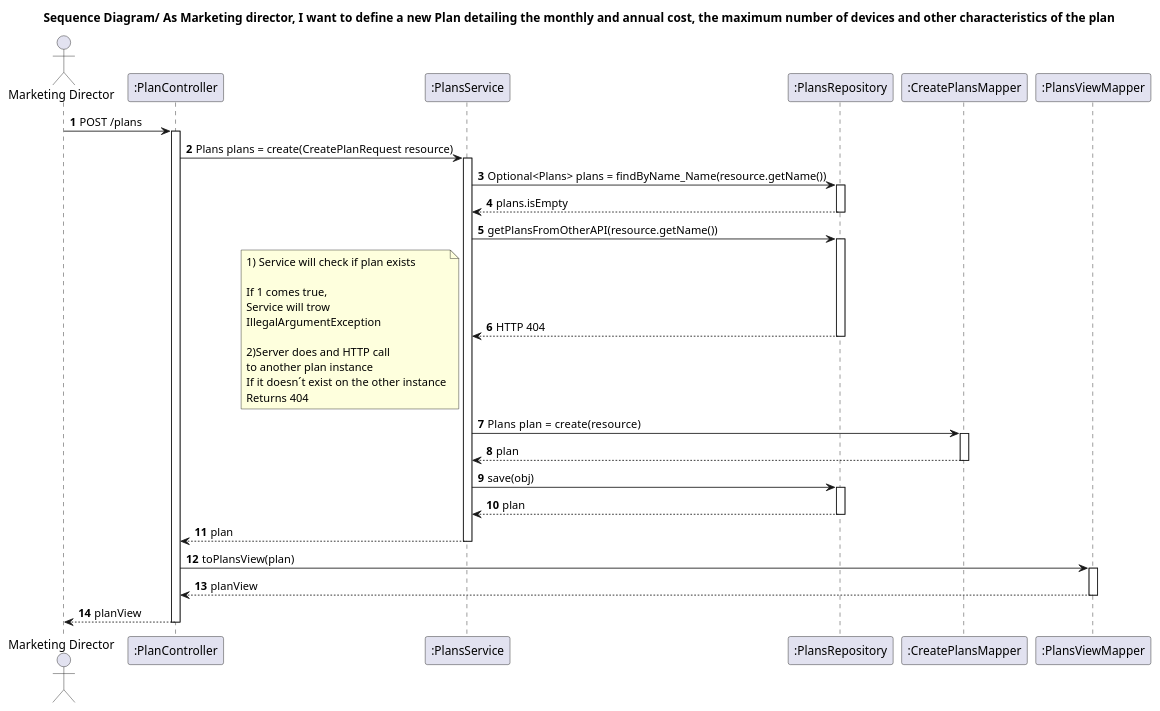
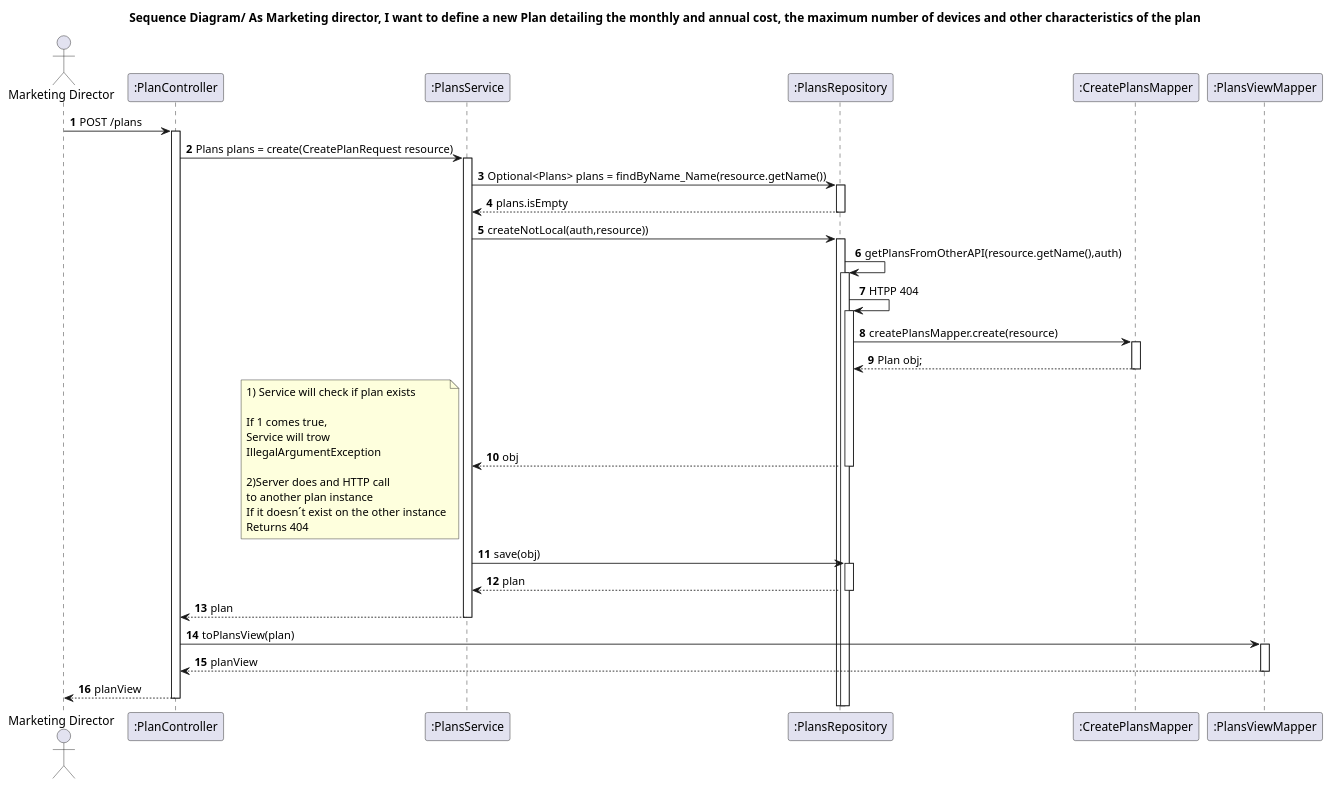
The diagram in docs_sidis/Plans/WP#1A/US01/SD.puml (IsepMartimOliveira/SIDIS), drawn with PlantUML before and after one commit. The commit also changed 15 other files, not shown here.

Commit message:
Plans docs,repo changes

```diff
--- a/docs_sidis/Plans/WP#1A/US01/SD.puml
+++ b/docs_sidis/Plans/WP#1A/US01/SD.puml
@@ -1,43 +1,51 @@
 @startuml
 'https://plantuml.com/sequence-diagram
 autoactivate on
 autonumber
 title Sequence Diagram/ As Marketing director, I want to define a new Plan detailing the monthly and annual cost, the maximum number of devices and other characteristics of the plan
 
 autonumber
 
 actor "Marketing Director" as Ac
 participant ":PlanController" as Ctrl
 participant ":PlansService" as Serv
 participant ":PlansRepository" as Repo
+
 participant ":CreatePlansMapper" as Mapper
 participant ":PlansViewMapper" as View
+
+
+
 
 Ac -> Ctrl : POST /plans
 Ctrl -> Serv :Plans plans = create(CreatePlanRequest resource)
 Serv -> Repo :Optional<Plans> plans = findByName_Name(resource.getName())
 Repo --> Serv : plans.isEmpty
-Serv->Repo:getPlansFromOtherAPI(resource.getName())
-Repo-->Serv: HTTP 404
+Serv->Repo:createNotLocal(auth,resource))
+Repo->Repo:getPlansFromOtherAPI(resource.getName(),auth)
+Repo->Repo:HTPP 404
+Repo->Mapper:createPlansMapper.create(resource)
+Mapper-->Repo:Plan obj;
+Repo-->Serv:obj
+
 note left
 1) Service will check if plan exists
 
 If 1 comes true,
 Service will trow
 IllegalArgumentException
 
 2)Server does and HTTP call
 to another plan instance
 If it doesn´t exist on the other instance
 Returns 404
 end note
-Serv -> Mapper :Plans plan  = create(resource)
-Mapper --> Serv: plan
+
 Serv -> Repo: save(obj)
 Repo --> Serv: plan
 Serv --> Ctrl: plan
 Ctrl ->View: toPlansView(plan)
 View -->Ctrl: planView
 Ac <-- Ctrl : planView
 
 @enduml
```
